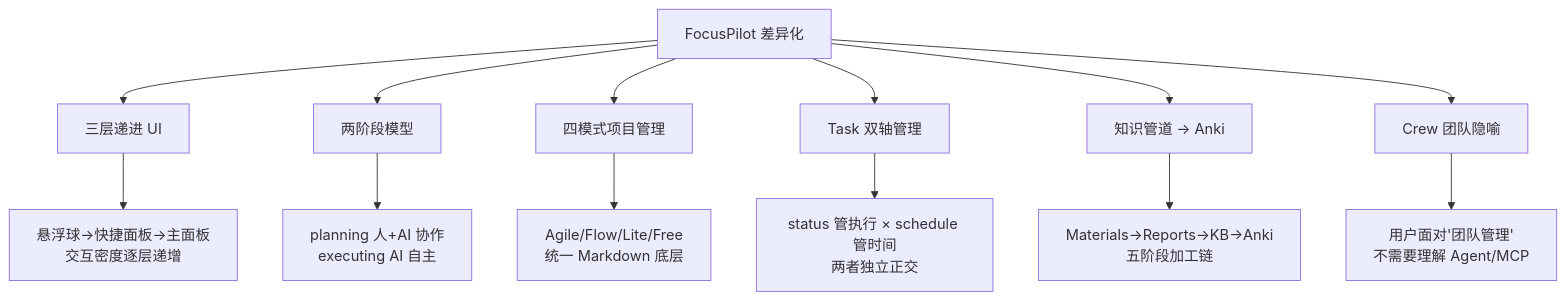
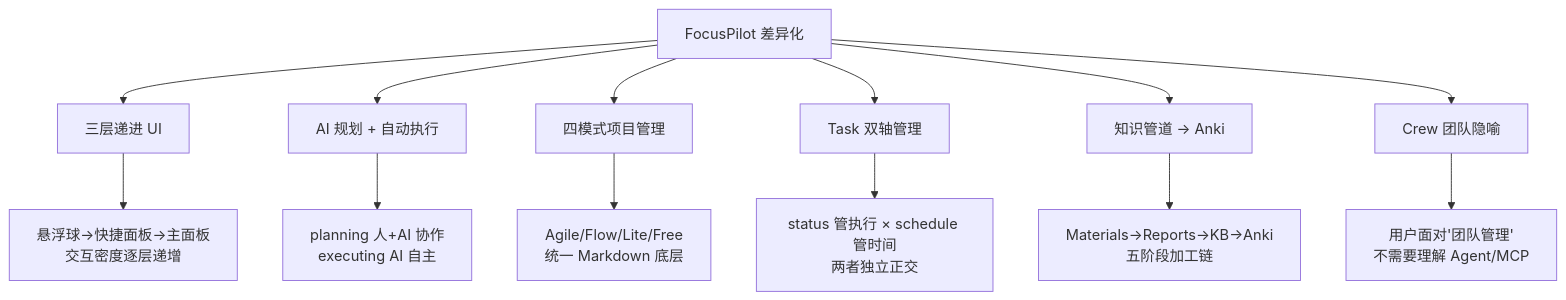
One commit to xxlest/FocusPilot changed diagram 19 of 20 in docs/focuspilot-ui-features.md. Above: the diagram before and after it, drawn with Mermaid. The commit also changed other lines of this file and 4 other files, not shown here.

````diff
--- a/docs/focuspilot-ui-features.md
+++ b/docs/focuspilot-ui-features.md
@@ -1078,16 +1078,16 @@
 ```mermaid
 graph TD
     A["FocusPilot 差异化"] --> B["三层递进 UI"]
-    A --> C["两阶段模型"]
+    A --> C["AI 规划 + 自动执行"]
     A --> D["四模式项目管理"]
     A --> E["Task 双轴管理"]
     A --> F["知识管道 → Anki"]
     A --> G["Crew 团队隐喻"]
 
     B --> B1["悬浮球→快捷面板→主面板<br/>交互密度逐层递增"]
     C --> C1["planning 人+AI 协作<br/>executing AI 自主"]
     D --> D1["Agile/Flow/Lite/Free<br/>统一 Markdown 底层"]
     E --> E1["status 管执行 × schedule 管时间<br/>两者独立正交"]
     F --> F1["Materials→Reports→KB→Anki<br/>五阶段加工链"]
     G --> G1["用户面对'团队管理'<br/>不需要理解 Agent/MCP"]
 ```
````
